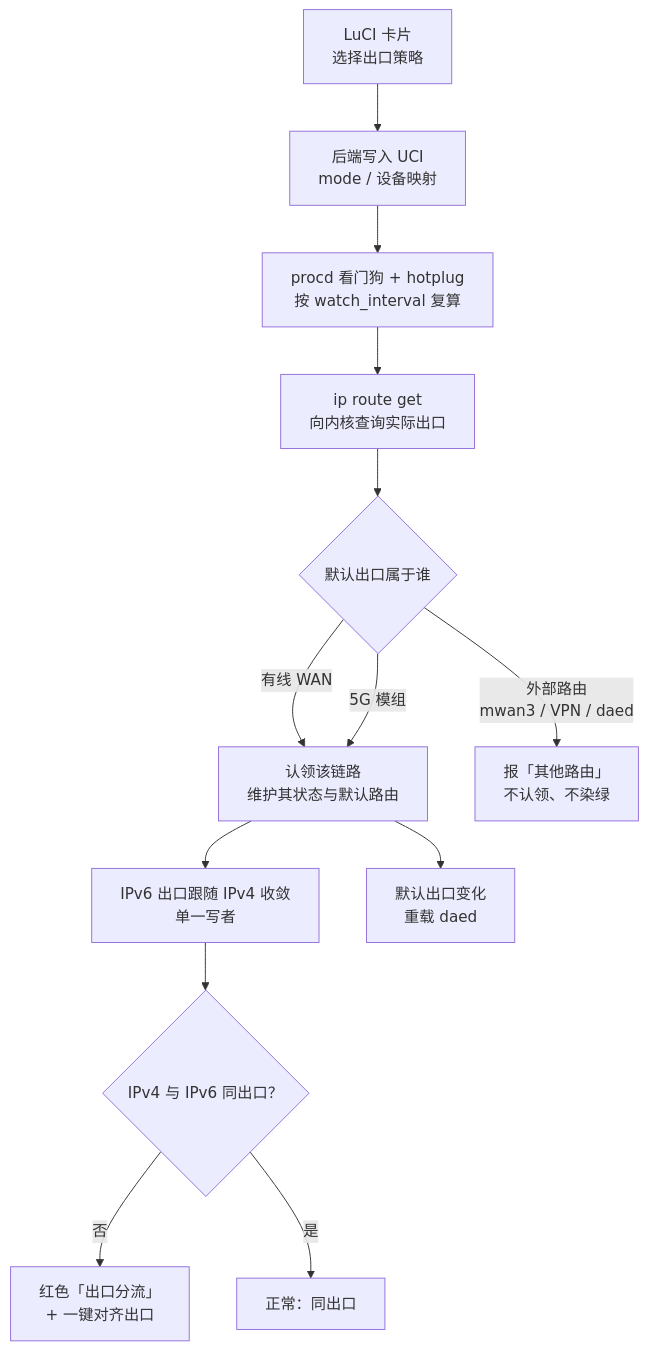
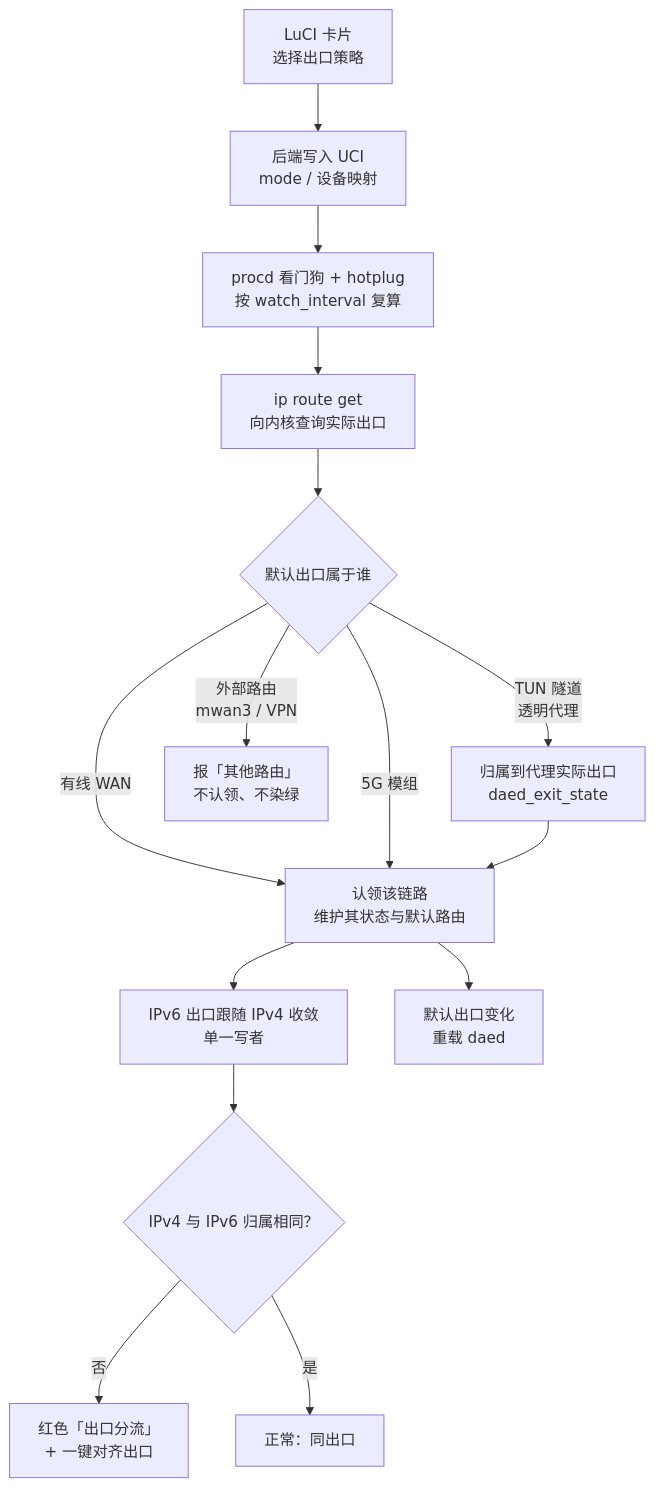
One commit to LianXia233/luci-app-h5000m-netmode changed the diagram in README.md. Above: the diagram before and after it, drawn with Mermaid. The commit also changed other lines of this file and 9 other files, not shown here.

````diff
--- a/README.md
+++ b/README.md
@@ -81,15 +82,17 @@
 ```mermaid
 flowchart TD
     A["LuCI 卡片<br/>选择出口策略"] --> B["后端写入 UCI<br/>mode / 设备映射"]
     B --> C["procd 看门狗 + hotplug<br/>按 watch_interval 复算"]
     C --> D["ip route get<br/>向内核查询实际出口"]
     D --> E{"默认出口属于谁"}
     E -->|"有线 WAN"| F["认领该链路<br/>维护其状态与默认路由"]
     E -->|"5G 模组"| F
-    E -->|"外部路由<br/>mwan3 / VPN / daed"| G["报「其他路由」<br/>不认领、不染绿"]
+    E -->|"TUN 隧道<br/>透明代理"| M["归属到代理实际出口<br/>daed_exit_state"]
+    M --> F
+    E -->|"外部路由<br/>mwan3 / VPN"| G["报「其他路由」<br/>不认领、不染绿"]
     F --> H["IPv6 出口跟随 IPv4 收敛<br/>单一写者"]
-    H --> I{"IPv4 与 IPv6 同出口？"}
+    H --> I{"IPv4 与 IPv6 归属相同？"}
     I -->|否| J["红色「出口分流」<br/>+ 一键对齐出口"]
     I -->|是| K["正常：同出口"]
     F --> L["默认出口变化<br/>重载 daed"]
 ```
````
